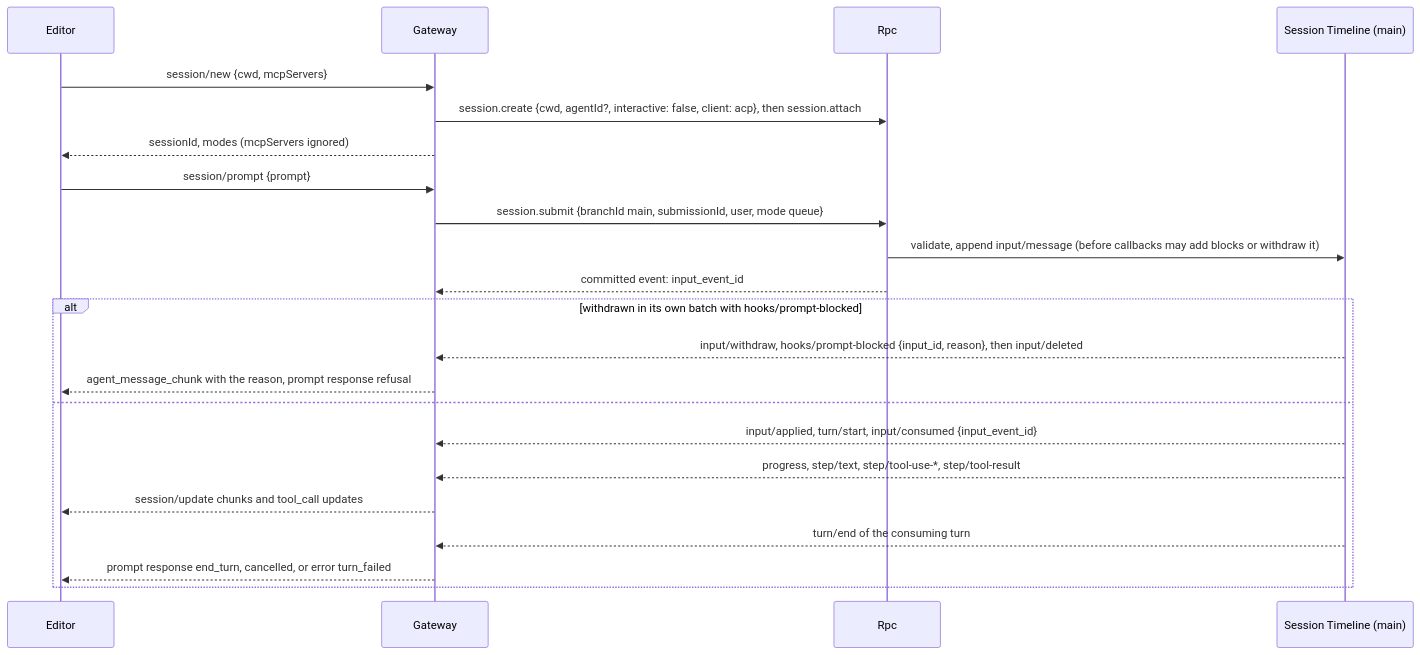
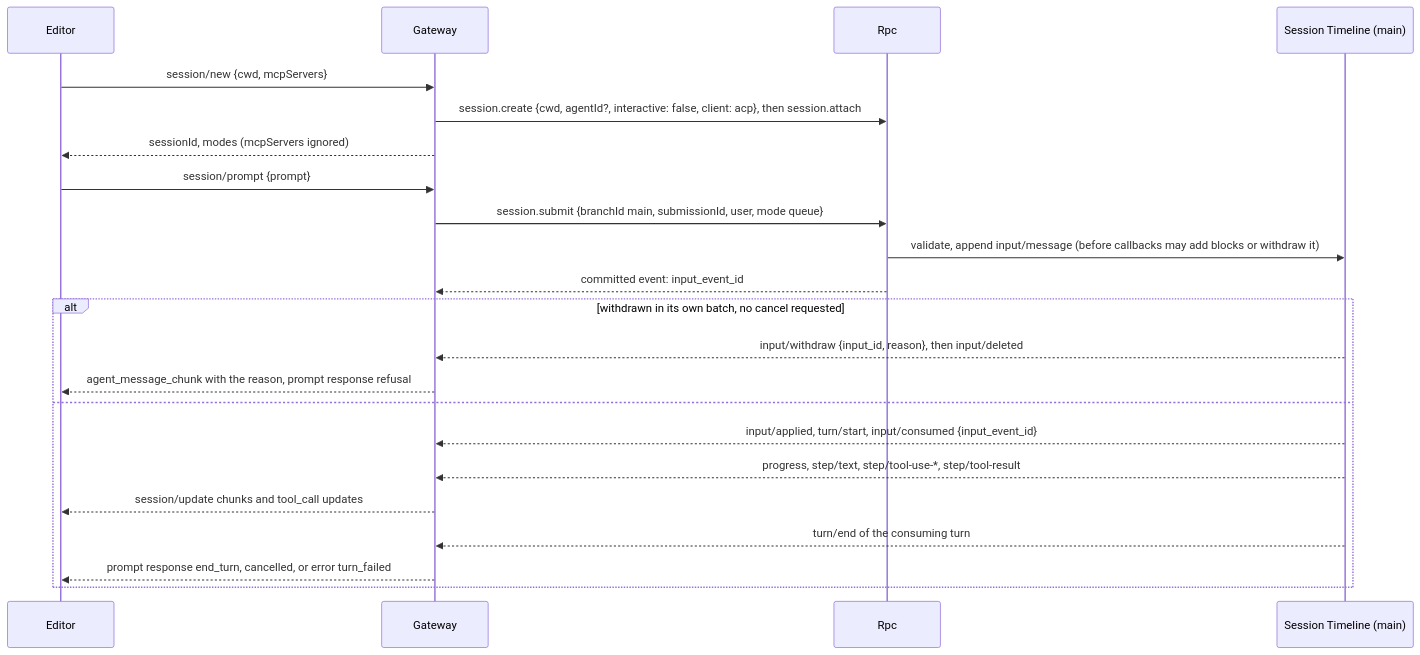
Before and after one commit to CoutinhoTTS/dim-agent: the third of 5 diagrams in docs/design/plugins/AcpGateway.md, drawn with Mermaid. The commit also changed other lines of this file and 42 other files, not shown here.

````diff
--- a/docs/design/plugins/AcpGateway.md
+++ b/docs/design/plugins/AcpGateway.md
@@ -65,24 +65,24 @@
 ```mermaid
 sequenceDiagram
   participant E as Editor
   participant G as Gateway
   participant R as Rpc
   participant TL as Session Timeline (main)
   E->>G: session/new {cwd, mcpServers}
   G->>R: session.create {cwd, agentId?, interactive: false, client: acp}, then session.attach
   G-->>E: sessionId, modes (mcpServers ignored)
   E->>G: session/prompt {prompt}
   G->>R: session.submit {branchId main, submissionId, user, mode queue}
   R->>TL: validate, append input/message (before callbacks may add blocks or withdraw it)
   R-->>G: committed event: input_event_id
-  alt withdrawn in its own batch with hooks/prompt-blocked
-    TL-->>G: input/withdraw, hooks/prompt-blocked {input_id, reason}, then input/deleted
+  alt withdrawn in its own batch, no cancel requested
+    TL-->>G: input/withdraw {input_id, reason}, then input/deleted
     G-->>E: agent_message_chunk with the reason, prompt response refusal
   else
   TL-->>G: input/applied, turn/start, input/consumed {input_event_id}
   TL-->>G: progress, step/text, step/tool-use-*, step/tool-result
   G-->>E: session/update chunks and tool_call updates
   TL-->>G: turn/end of the consuming turn
   G-->>E: prompt response end_turn, cancelled, or error turn_failed
   end
 ```
````
